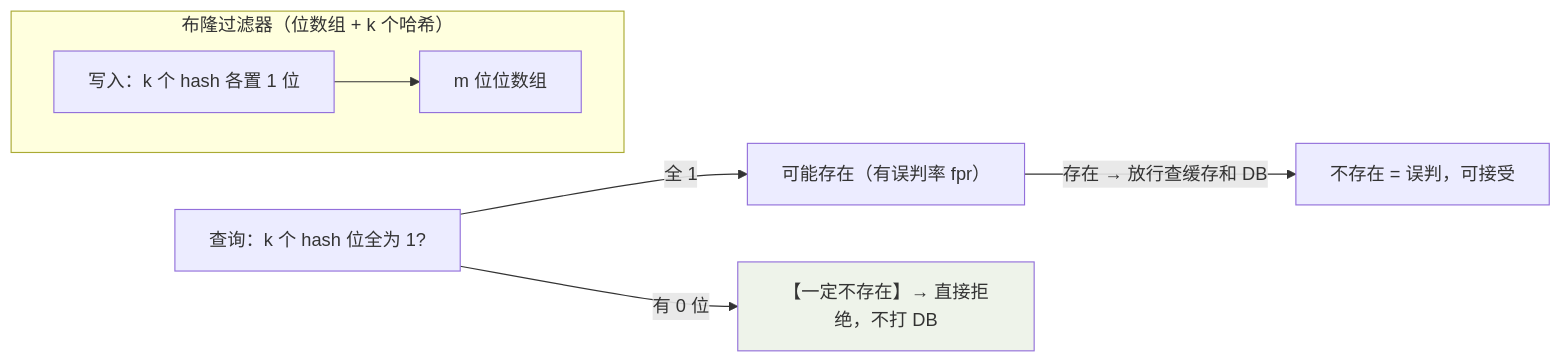
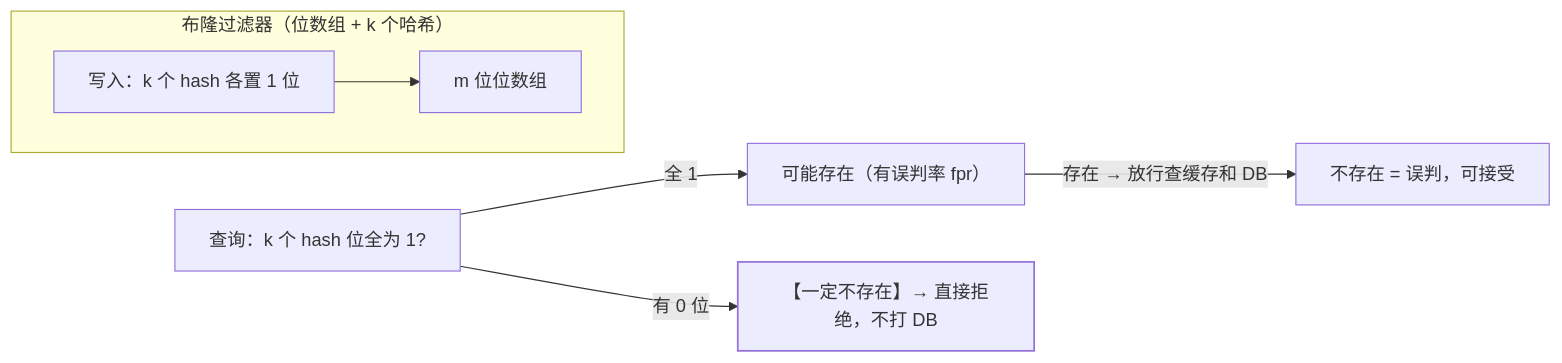
The second of 2 diagrams in src/content/docs/redis/intermediate/usage/02-cache-problems.md (Loadhao/ascension), drawn with Mermaid before and after one commit. The commit also changed other lines of this file and 87 other files, not shown here.

First line of the commit message:
fix: 全站图表配色改由主题接管，修复暗色主题下浅底浅字看不清

````diff
--- a/src/content/docs/redis/intermediate/usage/02-cache-problems.md
+++ b/src/content/docs/redis/intermediate/usage/02-cache-problems.md
@@ -44,12 +47,13 @@
 ```mermaid
 flowchart LR
     subgraph BF["布隆过滤器（位数组 + k 个哈希）"]
         direction LR
         W["写入：k 个 hash 各置 1 位"] --> BITS["m 位位数组"]
     end
     Q1["查询：k 个 hash 位全为 1?"] -->|"全 1"| ANS["可能存在（有误判率 fpr）"]
     Q1 -->|"有 0 位"| ANS2["【一定不存在】→ 直接拒绝，不打 DB"]
     ANS -->|"存在 → 放行查缓存和 DB"| ANS3["不存在 = 误判，可接受"]
 
-    style ANS2 fill:#eef3ea
+    class ANS2 good
+    classDef good stroke-width:1.5px
 ```
````
